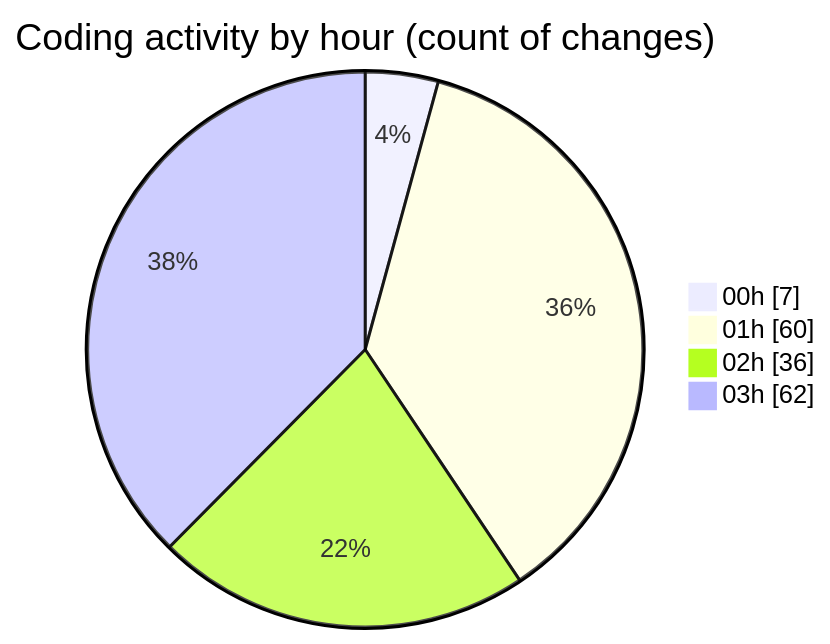
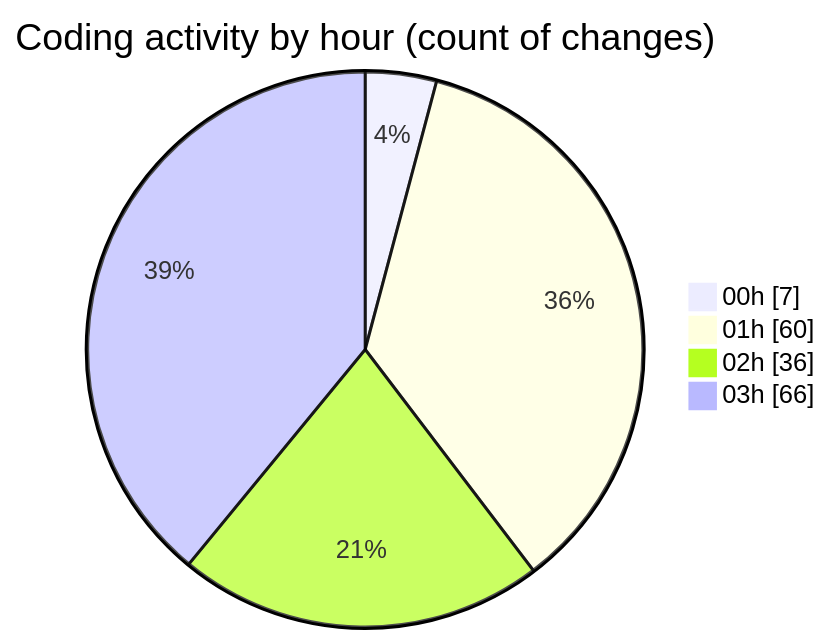
The second of 2 diagrams in 2025-10-07/eventscop-frontend-guide__workspace_/README.md (julien-gomy/code-tracking), drawn with Mermaid before and after one commit. The commit also changed other lines of this file and 1 other file, not shown here.

````diff
--- a/2025-10-07/eventscop-frontend-guide__workspace_/README.md
+++ b/2025-10-07/eventscop-frontend-guide__workspace_/README.md
@@ -93,8 +93,8 @@
 ```mermaid
 pie showData
 title Coding activity by hour (count of changes)
 "00h" : 7
 "01h" : 60
 "02h" : 36
-"03h" : 62
+"03h" : 66
 ```
````
